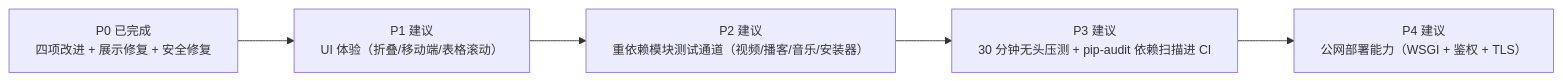
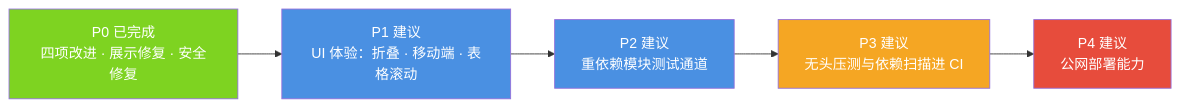
The second of 2 diagrams in docs/landing-report.md (jiangchuangege/xiaojiao-harnees), drawn with Mermaid before and after one commit. The commit also changed other lines of this file and 51 other files, not shown here.

````diff
--- a/docs/landing-report.md
+++ b/docs/landing-report.md
@@ -277,8 +381,13 @@
 ```mermaid
-%%{init: {"themeVariables": {"fontSize": "14px"}, "flowchart": {"htmlLabels": true, "wrappingWidth": 320, "nodeSpacing": 46, "rankSpacing": 64, "useMaxWidth": true}}}%%
 flowchart LR
-    A["P0 已完成<br/>四项改进 + 展示修复 + 安全修复"] --> B["P1 建议<br/>UI 体验（折叠/移动端/表格滚动）"]
-    B --> C["P2 建议<br/>重依赖模块测试通道（视频/播客/音乐/安装器）"]
-    C --> D["P3 建议<br/>30 分钟无头压测 + pip-audit 依赖扫描进 CI"]
-    D --> E["P4 建议<br/>公网部署能力（WSGI + 鉴权 + TLS）"]
+    P0["P0 已完成<br/>四项改进 · 展示修复 · 安全修复"] --> P1["P1 建议<br/>UI 体验：折叠 · 移动端 · 表格滚动"]
+    P1 --> P2["P2 建议<br/>重依赖模块测试通道"]
+    P2 --> P3["P3 建议<br/>无头压测与依赖扫描进 CI"]
+    P3 --> P4["P4 建议<br/>公网部署能力"]
+
+    style P0 fill:#7ED321,color:#fff
+    style P1 fill:#4A90E2,color:#fff
+    style P2 fill:#4A90E2,color:#fff
+    style P3 fill:#F5A623,color:#fff
+    style P4 fill:#E74C3C,color:#fff
 ```
````
